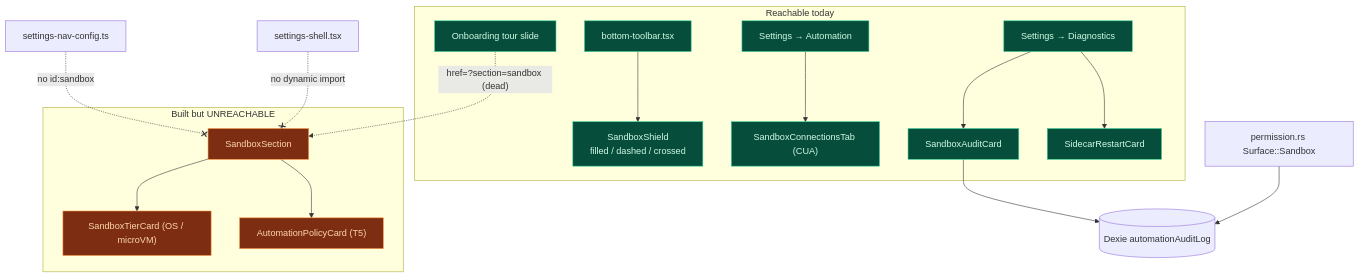
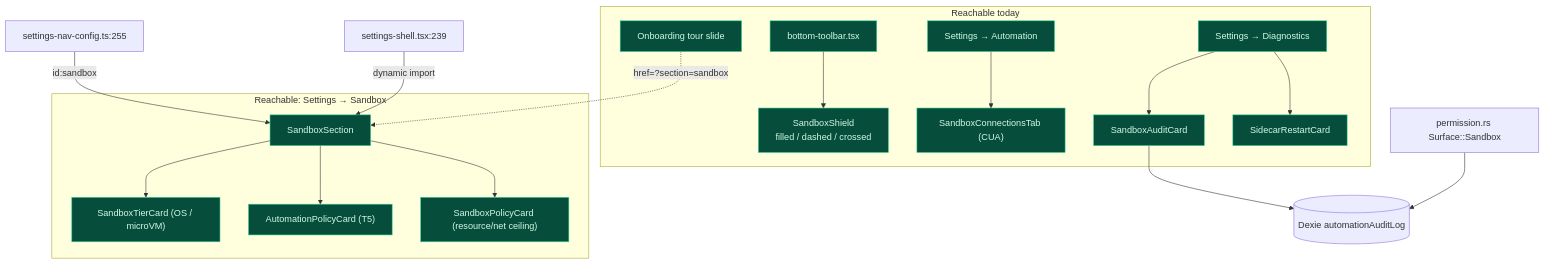
Before and after one commit to MaxQian888/cognia-next: the diagram in docs/content/docs/en/subsystems/sandbox/observability-and-ui.mdx, drawn with Mermaid. The commit also changed other lines of this file and 8 other files, not shown here.

````diff
--- a/docs/content/docs/en/subsystems/sandbox/observability-and-ui.mdx
+++ b/docs/content/docs/en/subsystems/sandbox/observability-and-ui.mdx
@@ -21,24 +21,25 @@
 ```mermaid
 flowchart TD
   subgraph Reachable["Reachable today"]
     BT["bottom-toolbar.tsx"] --> SS["SandboxShield<br/>filled / dashed / crossed"]
     AUTO["Settings → Automation"] --> SCT["SandboxConnectionsTab (CUA)"]
     DIAG["Settings → Diagnostics"] --> SAC["SandboxAuditCard"]
     DIAG --> SRC["SidecarRestartCard"]
     OB["Onboarding tour slide"]
   end
-  subgraph Orphan["Built but UNREACHABLE"]
+  subgraph Wired["Reachable: Settings → Sandbox"]
     SEC["SandboxSection"] --> TIER["SandboxTierCard (OS / microVM)"]
     SEC --> POL["AutomationPolicyCard (T5)"]
+    SEC --> CEIL["SandboxPolicyCard (resource/net ceiling)"]
   end
-  OB -. "href=?section=sandbox (dead)" .-> SEC
-  NAV["settings-nav-config.ts"] -. "no id:sandbox" .-x SEC
-  SHELL["settings-shell.tsx"] -. "no dynamic import" .-x SEC
+  OB -. "href=?section=sandbox" .-> SEC
+  NAV["settings-nav-config.ts:255"] -- "id:sandbox" --> SEC
+  SHELL["settings-shell.tsx:239"] -- "dynamic import" --> SEC
   SAC --> DEXIE[("Dexie automationAuditLog")]
   RUST["permission.rs Surface::Sandbox"] --> DEXIE
 
   classDef ok fill:#064e3b,stroke:#34d399,color:#d1fae5
   classDef bad fill:#7c2d12,stroke:#fb923c,color:#fed7aa
   class BT,SS,AUTO,SCT,DIAG,SAC,SRC,OB ok
-  class SEC,TIER,POL bad
+  class SEC,TIER,POL,CEIL ok
 ```
````
